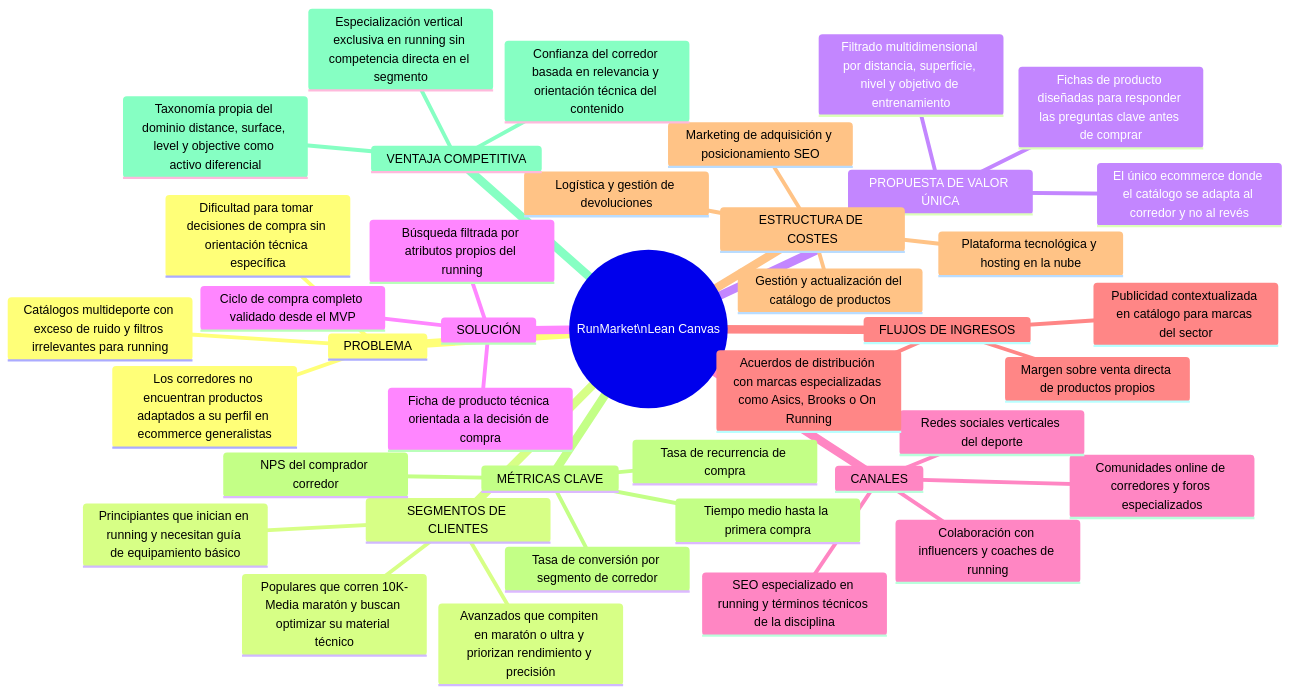
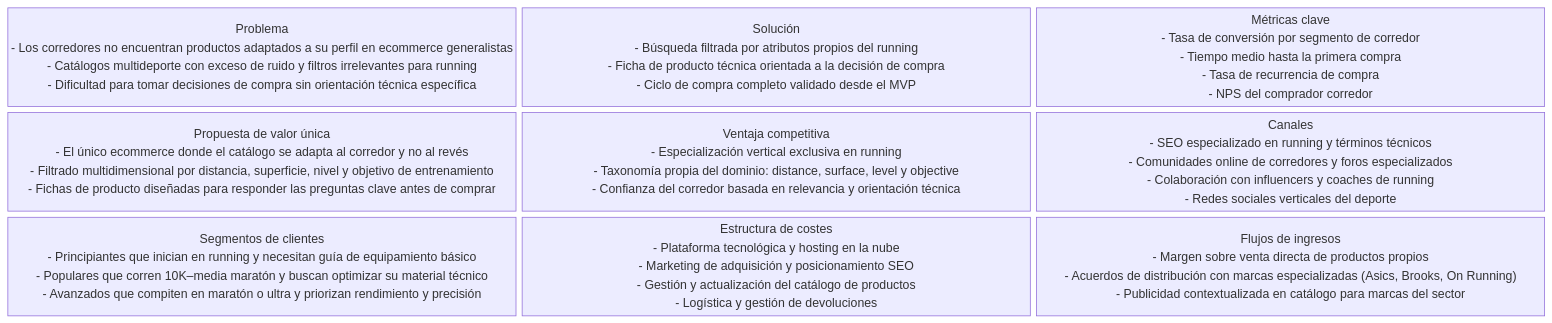
One commit to LIDR-academy/AI4Devs-finalproject changed the first of 4 diagrams in readme-producto.md. Above: the diagram before and after it, drawn with Mermaid.

Commit message:
docs(Runmarket): fix visualizaion problems using mermaid format for Lean Canvas

````diff
--- a/readme-producto.md
+++ b/readme-producto.md
@@ -29,43 +29,13 @@
 ```mermaid
-mindmap
-  root((RunMarket\nLean Canvas))
-    PROBLEMA
-      Los corredores no encuentran productos adaptados a su perfil en ecommerce generalistas
-      Catálogos multideporte con exceso de ruido y filtros irrelevantes para running
-      Dificultad para tomar decisiones de compra sin orientación técnica específica
-    SEGMENTOS DE CLIENTES
-      Principiantes que inician en running y necesitan guía de equipamiento básico
-      Populares que corren 10K-Media maratón y buscan optimizar su material técnico
-      Avanzados que compiten en maratón o ultra y priorizan rendimiento y precisión
-    PROPUESTA DE VALOR ÚNICA
-      El único ecommerce donde el catálogo se adapta al corredor y no al revés
-      Filtrado multidimensional por distancia, superficie, nivel y objetivo de entrenamiento
-      Fichas de producto diseñadas para responder las preguntas clave antes de comprar
-    SOLUCIÓN
-      Búsqueda filtrada por atributos propios del running
-      Ficha de producto técnica orientada a la decisión de compra
-      Ciclo de compra completo validado desde el MVP
-    CANALES
-      SEO especializado en running y términos técnicos de la disciplina
-      Comunidades online de corredores y foros especializados
-      Colaboración con influencers y coaches de running
-      Redes sociales verticales del deporte
-    FLUJOS DE INGRESOS
-      Margen sobre venta directa de productos propios
-      Acuerdos de distribución con marcas especializadas como Asics, Brooks o On Running
-      Publicidad contextualizada en catálogo para marcas del sector
-    ESTRUCTURA DE COSTES
-      Plataforma tecnológica y hosting en la nube
-      Marketing de adquisición y posicionamiento SEO
-      Gestión y actualización del catálogo de productos
-      Logística y gestión de devoluciones
-    MÉTRICAS CLAVE
-      Tasa de conversión por segmento de corredor
-      Tiempo medio hasta la primera compra
-      Tasa de recurrencia de compra
-      NPS del comprador corredor
-    VENTAJA COMPETITIVA
-      Especialización vertical exclusiva en running sin competencia directa en el segmento
-      Taxonomía propia del dominio distance, surface, level y objective como activo diferencial
-      Confianza del corredor basada en relevancia y orientación técnica del contenido
+block-beta
+    columns 3
+    P["Problema\n- Los corredores no encuentran productos adaptados a su perfil en ecommerce generalistas\n- Catálogos multideporte con exceso de ruido y filtros irrelevantes para running\n- Dificultad para tomar decisiones de compra sin orientación técnica específica"]
+    S["Solución\n- Búsqueda filtrada por atributos propios del running\n- Ficha de producto técnica orientada a la decisión de compra\n- Ciclo de compra completo validado desde el MVP"]
+    KM["Métricas clave\n- Tasa de conversión por segmento de corredor\n- Tiempo medio hasta la primera compra\n- Tasa de recurrencia de compra\n- NPS del comprador corredor"]
+    UVP["Propuesta de valor única\n- El único ecommerce donde el catálogo se adapta al corredor y no al revés\n- Filtrado multidimensional por distancia, superficie, nivel y objetivo de entrenamiento\n- Fichas de producto diseñadas para responder las preguntas clave antes de comprar"]
+    UA["Ventaja competitiva\n- Especialización vertical exclusiva en running\n- Taxonomía propia del dominio: distance, surface, level y objective\n- Confianza del corredor basada en relevancia y orientación técnica"]
+    CH["Canales\n- SEO especializado en running y términos técnicos\n- Comunidades online de corredores y foros especializados\n- Colaboración con influencers y coaches de running\n- Redes sociales verticales del deporte"]
+    CS["Segmentos de clientes\n- Principiantes que inician en running y necesitan guía de equipamiento básico\n- Populares que corren 10K–media maratón y buscan optimizar su material técnico\n- Avanzados que compiten en maratón o ultra y priorizan rendimiento y precisión"]
+    CoS["Estructura de costes\n- Plataforma tecnológica y hosting en la nube\n- Marketing de adquisición y posicionamiento SEO\n- Gestión y actualización del catálogo de productos\n- Logística y gestión de devoluciones"]
+    RS["Flujos de ingresos\n- Margen sobre venta directa de productos propios\n- Acuerdos de distribución con marcas especializadas (Asics, Brooks, On Running)\n- Publicidad contextualizada en catálogo para marcas del sector"]
 ```
````
